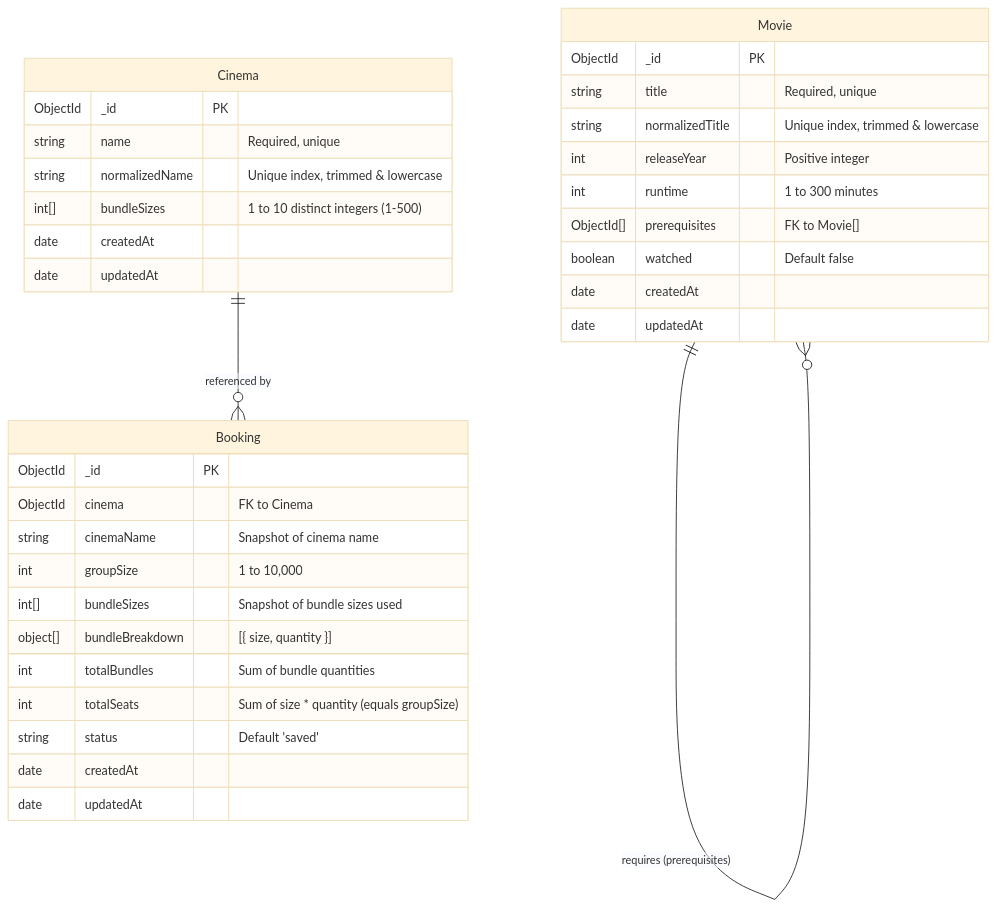
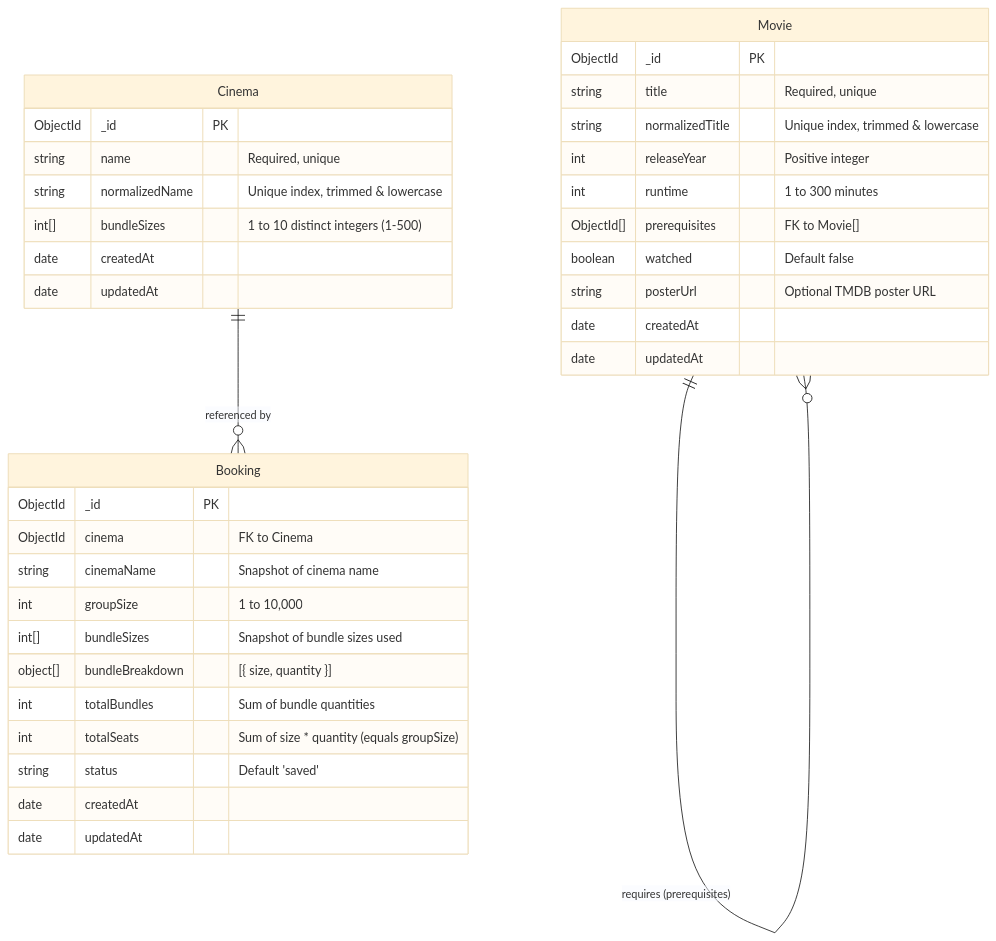
Before and after one commit to mostafarakib/doomsday-ready: the diagram in README.md, drawn with Mermaid (base theme). The commit also changed other lines of this file and 12 other files, not shown here.

````diff
--- a/README.md
+++ b/README.md
@@ -111,40 +111,41 @@
 ```mermaid
 erDiagram
     Movie {
         ObjectId _id PK
         string title "Required, unique"
         string normalizedTitle "Unique index, trimmed & lowercase"
         int releaseYear "Positive integer"
         int runtime "1 to 300 minutes"
         ObjectId[] prerequisites "FK to Movie[]"
         boolean watched "Default false"
+        string posterUrl "Optional TMDB poster URL"
         date createdAt
         date updatedAt
     }
 
     Cinema {
         ObjectId _id PK
         string name "Required, unique"
         string normalizedName "Unique index, trimmed & lowercase"
         int[] bundleSizes "1 to 10 distinct integers (1-500)"
         date createdAt
         date updatedAt
     }
 
     Booking {
         ObjectId _id PK
         ObjectId cinema "FK to Cinema"
         string cinemaName "Snapshot of cinema name"
         int groupSize "1 to 10,000"
         int[] bundleSizes "Snapshot of bundle sizes used"
         object[] bundleBreakdown "[{ size, quantity }]"
         int totalBundles "Sum of bundle quantities"
         int totalSeats "Sum of size * quantity (equals groupSize)"
         string status "Default 'saved'"
         date createdAt
         date updatedAt
     }
 
     Movie ||--o{ Movie : "requires (prerequisites)"
     Cinema ||--o{ Booking : "referenced by"
 ```
````
